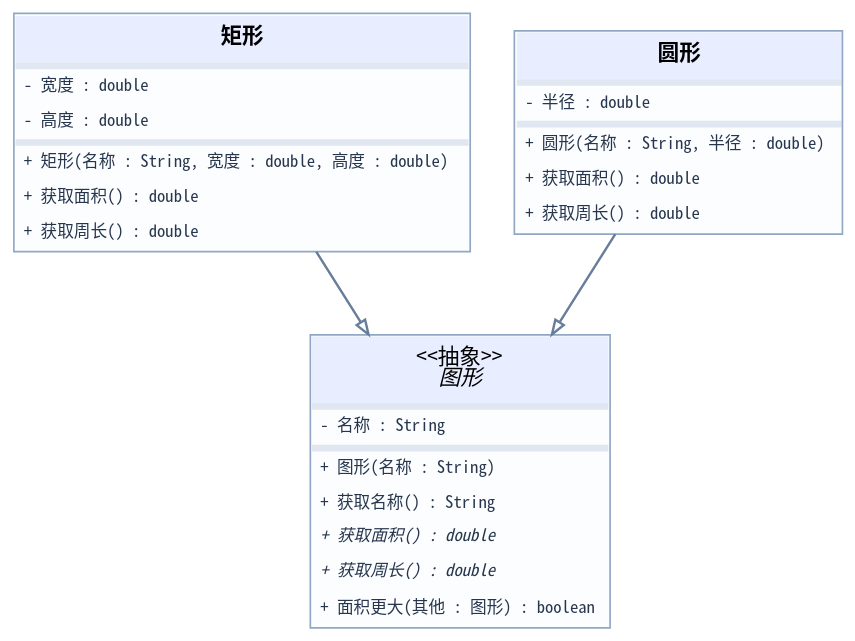
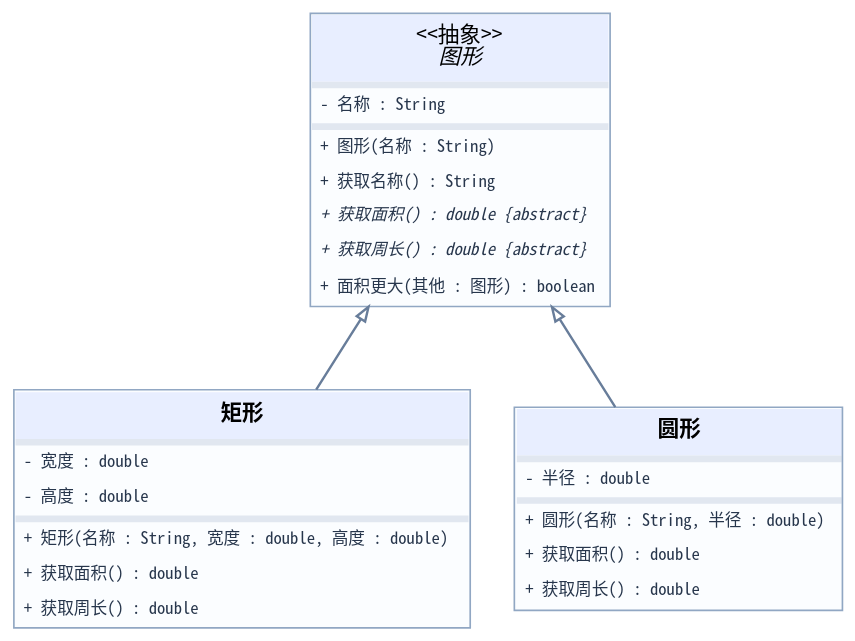
One commit to edetroll/java-oop changed the diagram in content/chapters/10-absztrakt-osztalyok/media/task-shapes-zh.dot. Above: the diagram before and after it, drawn with Graphviz. The commit also changed 41 other files, not shown here.

```diff
--- a/content/chapters/10-absztrakt-osztalyok/media/task-shapes-zh.dot
+++ b/content/chapters/10-absztrakt-osztalyok/media/task-shapes-zh.dot
@@ -1,8 +1,8 @@
-digraph UML { graph [rankdir=TB,bgcolor="transparent",pad="0.12",nodesep="0.36",ranksep="0.7",splines=polyline];
+digraph UML { graph [rankdir=BT,bgcolor="transparent",pad="0.12",nodesep="0.36",ranksep="0.7",splines=polyline];
 node [shape=plain]; edge [color="#687d9a",penwidth=1.45,arrowsize=0.85];
-"图形" [label=<<TABLE BORDER="1" CELLBORDER="0" CELLSPACING="0" COLOR="#91a7c3" BGCOLOR="#fbfdff"><TR><TD BGCOLOR="#e8eeff" CELLPADDING="7"><FONT FACE="Noto Sans Mono CJK SC" POINT-SIZE="13">&lt;&lt;抽象&gt;&gt;<BR/><I>图形</I></FONT></TD></TR><TR><TD BGCOLOR="#e1e7f0" HEIGHT="2"></TD></TR><TR><TD ALIGN="LEFT" CELLPADDING="5"><FONT FACE="Noto Sans Mono CJK SC" POINT-SIZE="10" COLOR="#27364c">- 名称 : String</FONT></TD></TR><TR><TD BGCOLOR="#e1e7f0" HEIGHT="2"></TD></TR><TR><TD ALIGN="LEFT" CELLPADDING="5"><FONT FACE="Noto Sans Mono CJK SC" POINT-SIZE="10" COLOR="#27364c">+ 图形(名称 : String)</FONT></TD></TR><TR><TD ALIGN="LEFT" CELLPADDING="5"><FONT FACE="Noto Sans Mono CJK SC" POINT-SIZE="10" COLOR="#27364c">+ 获取名称() : String</FONT></TD></TR><TR><TD ALIGN="LEFT" CELLPADDING="5"><FONT FACE="Noto Sans Mono CJK SC" POINT-SIZE="10" COLOR="#27364c"><I>+ 获取面积() : double</I></FONT></TD></TR><TR><TD ALIGN="LEFT" CELLPADDING="5"><FONT FACE="Noto Sans Mono CJK SC" POINT-SIZE="10" COLOR="#27364c"><I>+ 获取周长() : double</I></FONT></TD></TR><TR><TD ALIGN="LEFT" CELLPADDING="5"><FONT FACE="Noto Sans Mono CJK SC" POINT-SIZE="10" COLOR="#27364c">+ 面积更大(其他 : 图形) : boolean</FONT></TD></TR></TABLE>>];
+"图形" [label=<<TABLE BORDER="1" CELLBORDER="0" CELLSPACING="0" COLOR="#91a7c3" BGCOLOR="#fbfdff"><TR><TD BGCOLOR="#e8eeff" CELLPADDING="7"><FONT FACE="Noto Sans Mono CJK SC" POINT-SIZE="13">&lt;&lt;抽象&gt;&gt;<BR/><I>图形</I></FONT></TD></TR><TR><TD BGCOLOR="#e1e7f0" HEIGHT="2"></TD></TR><TR><TD ALIGN="LEFT" CELLPADDING="5"><FONT FACE="Noto Sans Mono CJK SC" POINT-SIZE="10" COLOR="#27364c">- 名称 : String</FONT></TD></TR><TR><TD BGCOLOR="#e1e7f0" HEIGHT="2"></TD></TR><TR><TD ALIGN="LEFT" CELLPADDING="5"><FONT FACE="Noto Sans Mono CJK SC" POINT-SIZE="10" COLOR="#27364c">+ 图形(名称 : String)</FONT></TD></TR><TR><TD ALIGN="LEFT" CELLPADDING="5"><FONT FACE="Noto Sans Mono CJK SC" POINT-SIZE="10" COLOR="#27364c">+ 获取名称() : String</FONT></TD></TR><TR><TD ALIGN="LEFT" CELLPADDING="5"><FONT FACE="Noto Sans Mono CJK SC" POINT-SIZE="10" COLOR="#27364c"><I>+ 获取面积() : double {abstract}</I></FONT></TD></TR><TR><TD ALIGN="LEFT" CELLPADDING="5"><FONT FACE="Noto Sans Mono CJK SC" POINT-SIZE="10" COLOR="#27364c"><I>+ 获取周长() : double {abstract}</I></FONT></TD></TR><TR><TD ALIGN="LEFT" CELLPADDING="5"><FONT FACE="Noto Sans Mono CJK SC" POINT-SIZE="10" COLOR="#27364c">+ 面积更大(其他 : 图形) : boolean</FONT></TD></TR></TABLE>>];
 "矩形" [label=<<TABLE BORDER="1" CELLBORDER="0" CELLSPACING="0" COLOR="#91a7c3" BGCOLOR="#fbfdff"><TR><TD BGCOLOR="#e8eeff" CELLPADDING="7"><FONT FACE="Noto Sans Mono CJK SC" POINT-SIZE="13"><B>矩形</B></FONT></TD></TR><TR><TD BGCOLOR="#e1e7f0" HEIGHT="2"></TD></TR><TR><TD ALIGN="LEFT" CELLPADDING="5"><FONT FACE="Noto Sans Mono CJK SC" POINT-SIZE="10" COLOR="#27364c">- 宽度 : double</FONT></TD></TR><TR><TD ALIGN="LEFT" CELLPADDING="5"><FONT FACE="Noto Sans Mono CJK SC" POINT-SIZE="10" COLOR="#27364c">- 高度 : double</FONT></TD></TR><TR><TD BGCOLOR="#e1e7f0" HEIGHT="2"></TD></TR><TR><TD ALIGN="LEFT" CELLPADDING="5"><FONT FACE="Noto Sans Mono CJK SC" POINT-SIZE="10" COLOR="#27364c">+ 矩形(名称 : String, 宽度 : double, 高度 : double)</FONT></TD></TR><TR><TD ALIGN="LEFT" CELLPADDING="5"><FONT FACE="Noto Sans Mono CJK SC" POINT-SIZE="10" COLOR="#27364c">+ 获取面积() : double</FONT></TD></TR><TR><TD ALIGN="LEFT" CELLPADDING="5"><FONT FACE="Noto Sans Mono CJK SC" POINT-SIZE="10" COLOR="#27364c">+ 获取周长() : double</FONT></TD></TR></TABLE>>];
 "圆形" [label=<<TABLE BORDER="1" CELLBORDER="0" CELLSPACING="0" COLOR="#91a7c3" BGCOLOR="#fbfdff"><TR><TD BGCOLOR="#e8eeff" CELLPADDING="7"><FONT FACE="Noto Sans Mono CJK SC" POINT-SIZE="13"><B>圆形</B></FONT></TD></TR><TR><TD BGCOLOR="#e1e7f0" HEIGHT="2"></TD></TR><TR><TD ALIGN="LEFT" CELLPADDING="5"><FONT FACE="Noto Sans Mono CJK SC" POINT-SIZE="10" COLOR="#27364c">- 半径 : double</FONT></TD></TR><TR><TD BGCOLOR="#e1e7f0" HEIGHT="2"></TD></TR><TR><TD ALIGN="LEFT" CELLPADDING="5"><FONT FACE="Noto Sans Mono CJK SC" POINT-SIZE="10" COLOR="#27364c">+ 圆形(名称 : String, 半径 : double)</FONT></TD></TR><TR><TD ALIGN="LEFT" CELLPADDING="5"><FONT FACE="Noto Sans Mono CJK SC" POINT-SIZE="10" COLOR="#27364c">+ 获取面积() : double</FONT></TD></TR><TR><TD ALIGN="LEFT" CELLPADDING="5"><FONT FACE="Noto Sans Mono CJK SC" POINT-SIZE="10" COLOR="#27364c">+ 获取周长() : double</FONT></TD></TR></TABLE>>];
 "矩形" -> "图形" [arrowhead=empty];
 "圆形" -> "图形" [arrowhead=empty];
 }
```
